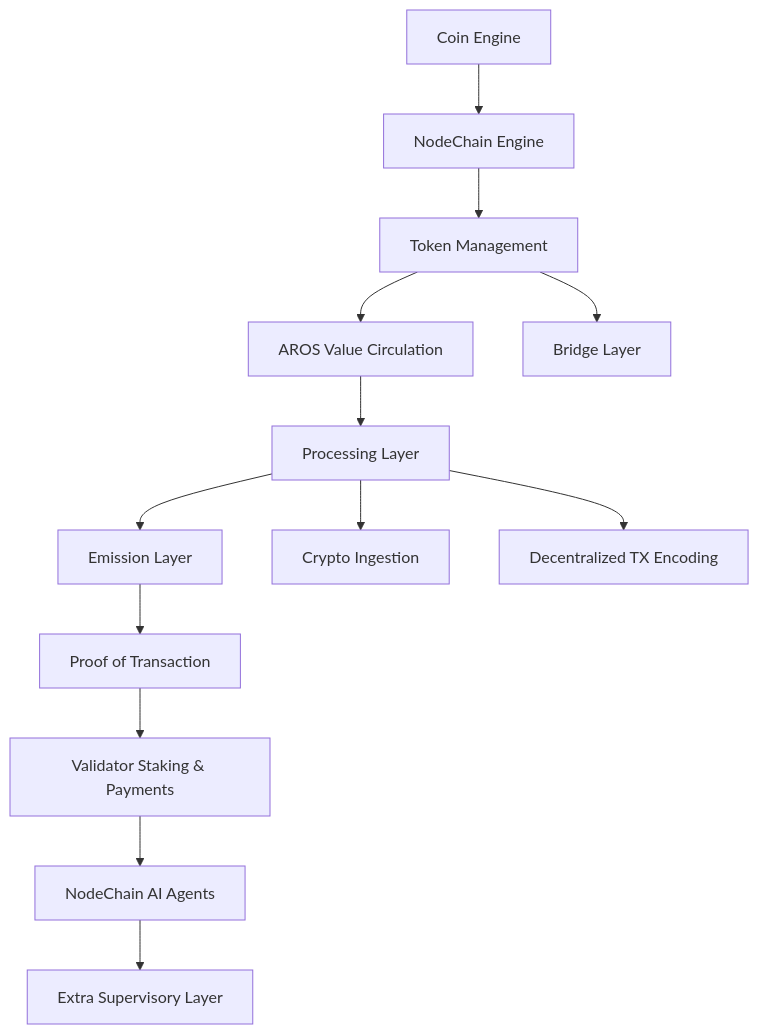
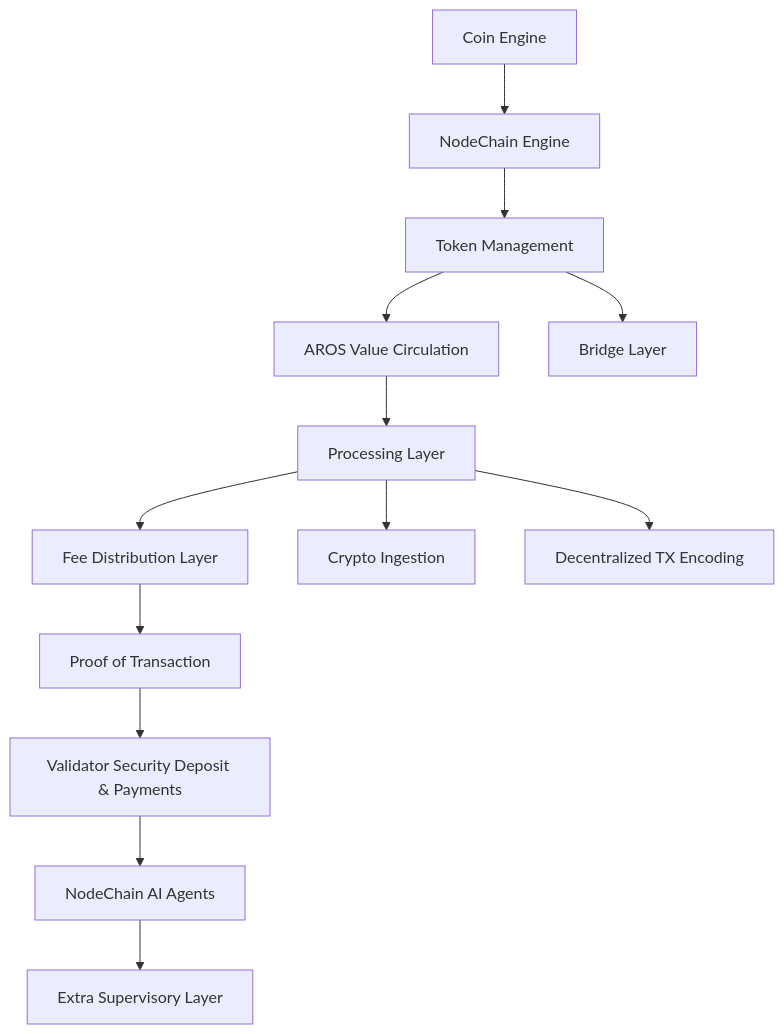
The first of 15 diagrams in architecture_diagrams.md (Aros-Technology-Studio/AST-Aros-Financial-Paradigm), drawn with Mermaid before and after one commit. The commit also changed other lines of this file and 69 other files, not shown here.

````diff
--- a/architecture_diagrams.md
+++ b/architecture_diagrams.md
@@ -6,15 +6,15 @@
 ```mermaid
 graph TD
   A[Coin Engine] --> B[NodeChain Engine]
   B --> C[Token Management]
   C --> D[AROS Value Circulation]
   C --> E[Bridge Layer]
   D --> F[Processing Layer]
-  F --> G[Emission Layer]
+  F --> G[Fee Distribution Layer]
   G --> H[Proof of Transaction]
-  H --> I[Validator Staking & Payments]
+  H --> I[Validator Security Deposit & Payments]
   I --> J[NodeChain AI Agents]
   J --> K[Extra Supervisory Layer]
   F --> L[Crypto Ingestion]
   F --> M[Decentralized TX Encoding]
 ```
````
